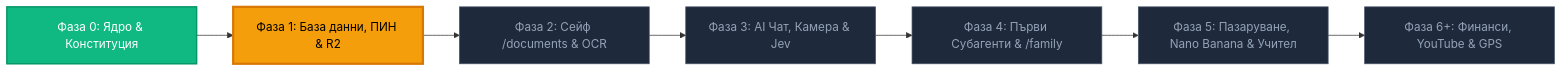
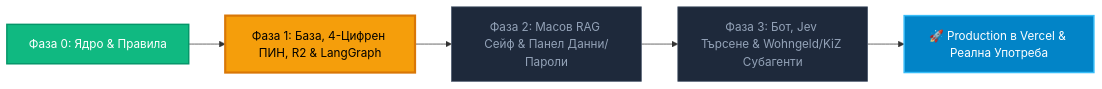
One commit to Krasimir-Hristov/KRONOS changed the diagram in ROADMAP.md. Above: the diagram before and after it, drawn with Mermaid. The commit also changed other lines of this file and 15 other files, not shown here.

Commit message:
docs: align AGENTS.md, skills, and roadmap with document vault focus and CodeRabbit config

````diff
--- a/ROADMAP.md
+++ b/ROADMAP.md
@@ -9,17 +9,13 @@
 ```mermaid
 flowchart LR
-    P0["Фаза 0: Ядро & Конституция"] --> P1["Фаза 1: База данни, ПИН & R2"]
-    P1 --> P2["Фаза 2: Сейф /documents & OCR"]
-    P2 --> P3["Фаза 3: AI Чат, Камера & Jev"]
-    P3 --> P4["Фаза 4: Първи Субагенти & /family"]
-    P4 --> P5["Фаза 5: Пазаруване, Nano Banana & Учител"]
-    P5 --> P6["Фаза 6+: Финанси, YouTube & GPS"]
+    P0["Фаза 0: Ядро & Правила"] --> P1["Фаза 1: База, 4-Цифрен ПИН, R2 & LangGraph"]
+    P1 --> P2["Фаза 2: Масов RAG Сейф & Панел Данни/Пароли"]
+    P2 --> P3["Фаза 3: Бот, Jev Търсене & Wohngeld/KiZ Субагенти"]
+    P3 --> PROD["🚀 Production в Vercel & Реална Употреба"]
 
     style P0 fill:#10b981,stroke:#059669,stroke-width:2px,color:#ffffff
     style P1 fill:#f59e0b,stroke:#d97706,stroke-width:3px,color:#000000
     style P2 fill:#1e293b,stroke:#475569,stroke-width:1px,color:#94a3b8
     style P3 fill:#1e293b,stroke:#475569,stroke-width:1px,color:#94a3b8
-    style P4 fill:#1e293b,stroke:#475569,stroke-width:1px,color:#94a3b8
-    style P5 fill:#1e293b,stroke:#475569,stroke-width:1px,color:#94a3b8
-    style P6 fill:#1e293b,stroke:#475569,stroke-width:1px,color:#94a3b8
+    style PROD fill:#0284c7,stroke:#38bdf8,stroke-width:2px,color:#ffffff
 ```
````
